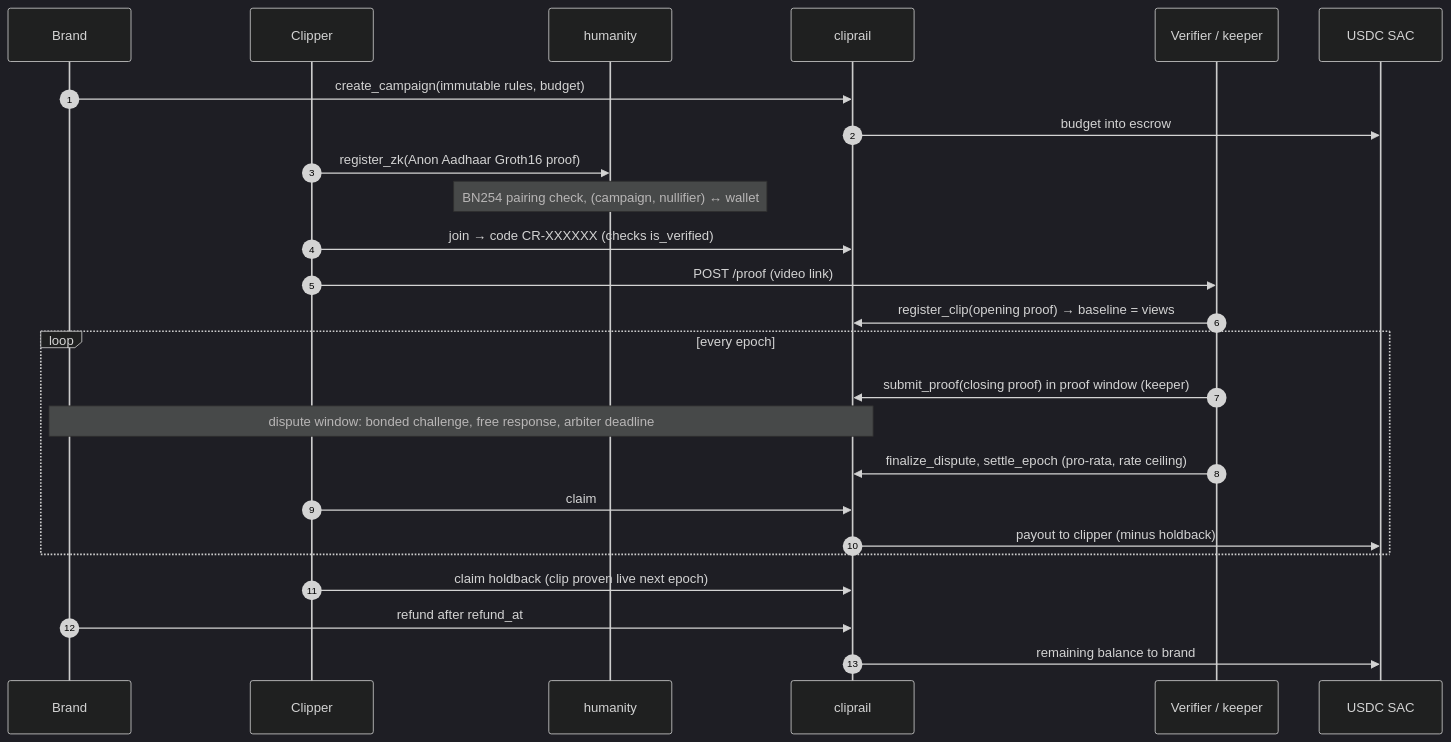
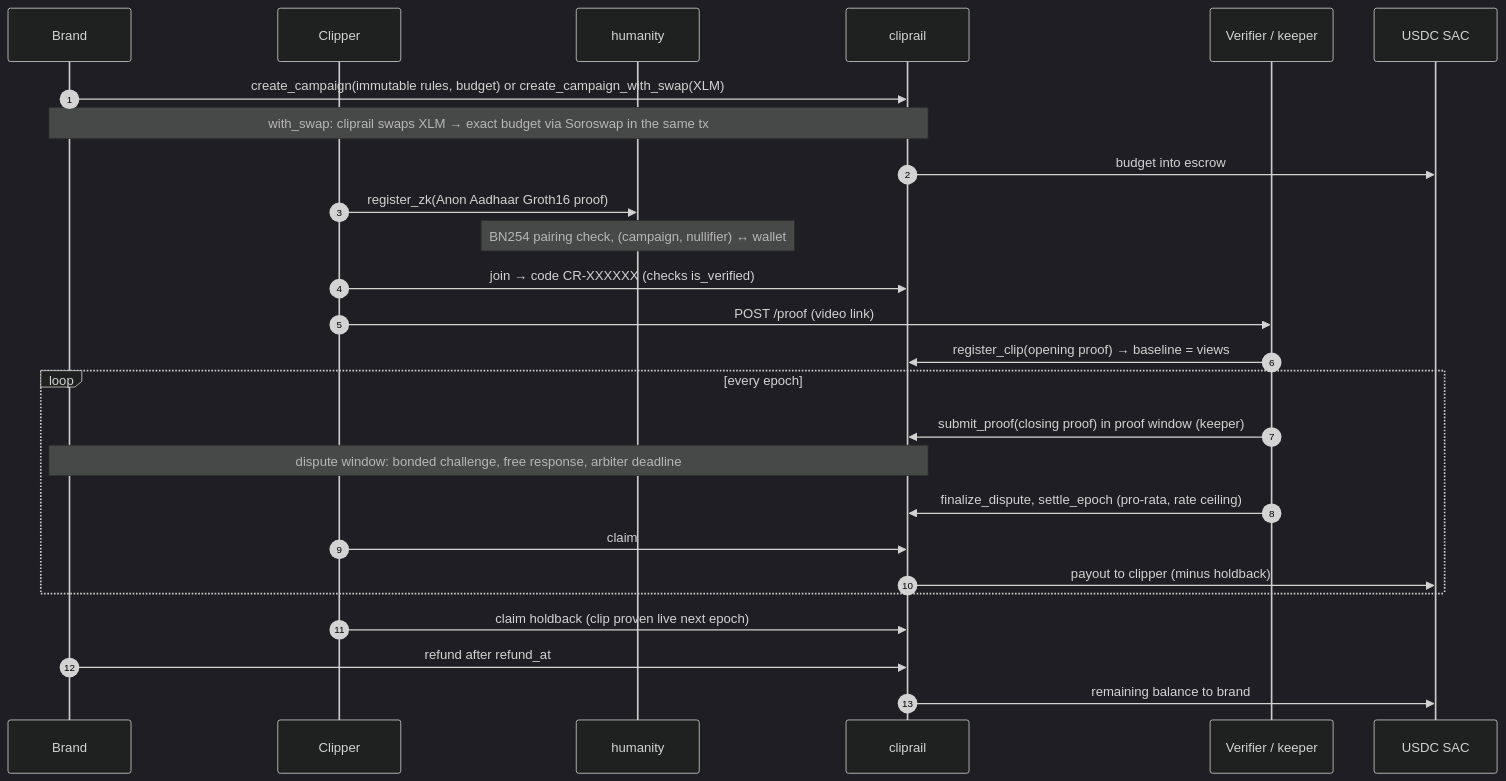
The second of 2 diagrams in README.md (KayaKerem/cashtag-stellar), drawn with Mermaid (dark theme) before and after one commit. The commit also changed other lines of this file and 2 other files, not shown here.

````diff
--- a/README.md
+++ b/README.md
@@ -138,28 +151,29 @@
 ```mermaid
 sequenceDiagram
   autonumber
   participant B as Brand
   participant C as Clipper
   participant H as humanity
   participant CR as cliprail
   participant V as Verifier / keeper
   participant T as USDC SAC
 
-  B->>CR: create_campaign(immutable rules, budget)
+  B->>CR: create_campaign(immutable rules, budget) or create_campaign_with_swap(XLM)
+  Note over B,CR: with_swap: cliprail swaps XLM → exact budget via Soroswap in the same tx
   CR->>T: budget into escrow
   C->>H: register_zk(Anon Aadhaar Groth16 proof)
   Note over H: BN254 pairing check, (campaign, nullifier) ↔ wallet
   C->>CR: join → code CR-XXXXXX (checks is_verified)
   C->>V: POST /proof (video link)
   V->>CR: register_clip(opening proof) → baseline = views
   loop every epoch
     V->>CR: submit_proof(closing proof) in proof window (keeper)
     Note over B,CR: dispute window: bonded challenge, free response, arbiter deadline
     V->>CR: finalize_dispute, settle_epoch (pro-rata, rate ceiling)
     C->>CR: claim
     CR->>T: payout to clipper (minus holdback)
   end
   C->>CR: claim holdback (clip proven live next epoch)
   B->>CR: refund after refund_at
   CR->>T: remaining balance to brand
 ```
````
